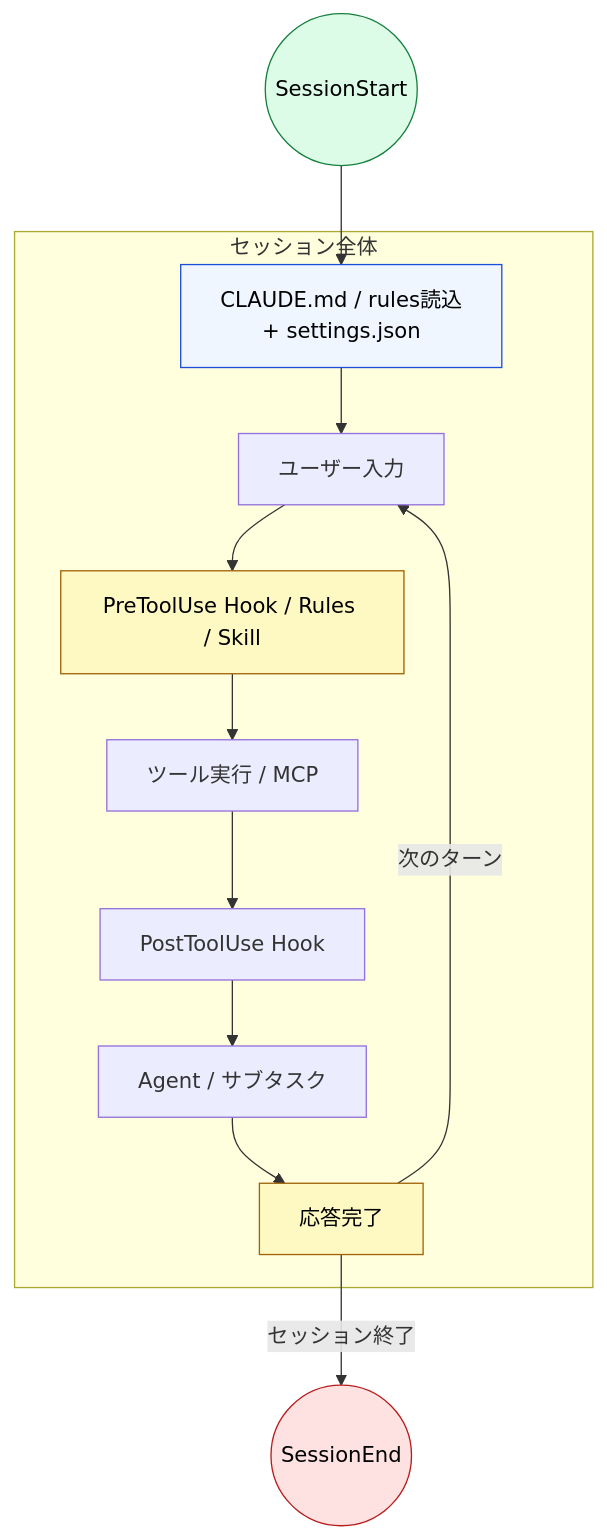
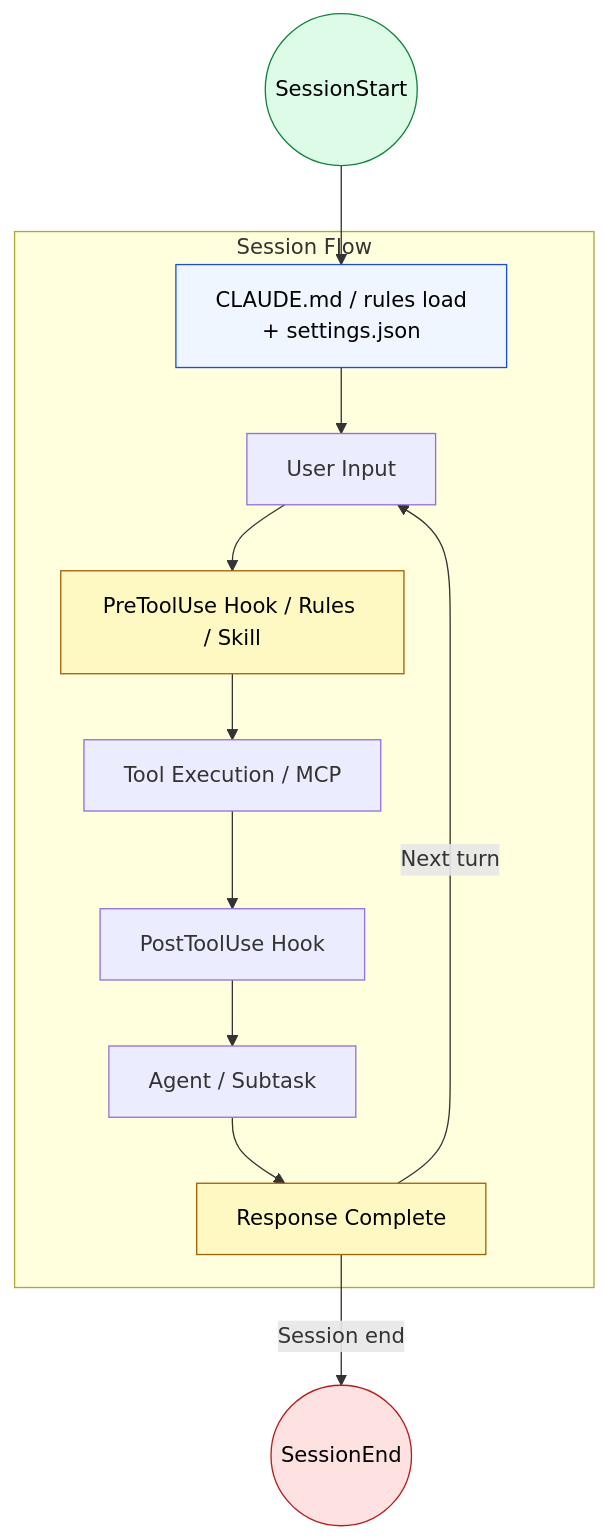
One commit to shuji-bonji/understanding-llm-through-claude-code changed the diagram in docs/appendix/lifecycle-config-map.md. Above: the diagram before and after it, drawn with Mermaid. The commit also changed other lines of this file and 100 other files, not shown here.

````diff
--- a/docs/appendix/lifecycle-config-map.md
+++ b/docs/appendix/lifecycle-config-map.md
@@ -11,23 +13,23 @@
 ```mermaid
 flowchart TB
     SS@{ shape: circle, label: "SessionStart" }
     SE@{ shape: circle, label: "SessionEnd" }
-    subgraph セッション全体
-        IL --> UPS["ユーザー入力"]
+    subgraph Session["Session Flow"]
+        IL --> UPS["User Input"]
         UPS --> PTU["PreToolUse Hook / Rules / Skill"]
-        PTU --> EXEC["ツール実行 / MCP"]
+        PTU --> EXEC["Tool Execution / MCP"]
         EXEC --> POST["PostToolUse Hook"]
-        POST --> SUB["Agent / サブタスク"]
-        SUB --> STOP["応答完了"]
-        STOP -->|"次のターン"| UPS
+        POST --> SUB["Agent / Subtask"]
+        SUB --> STOP["Response Complete"]
+        STOP -->|"Next turn"| UPS
     end
 
-    SS--> IL["CLAUDE.md / rules読込<br/>+ settings.json"]
-    STOP -->|"セッション終了"| SE
+    SS--> IL["CLAUDE.md / rules load<br/>+ settings.json"]
+    STOP -->|"Session end"| SE
 
     style SS fill:#dcfce7,stroke:#15803d,color:#000
     style SE fill:#fee2e2,stroke:#b91c1c,color:#000
     style IL fill:#eff6ff,stroke:#1d4ed8,color:#000
     style PTU fill:#fef9c3,stroke:#a16207,color:#000
     style STOP fill:#fef9c3,stroke:#a16207,color:#000
 ```
````
